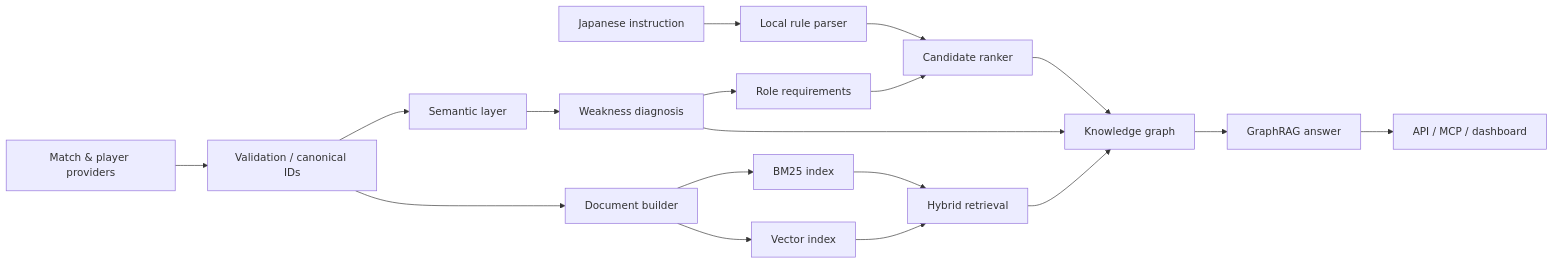
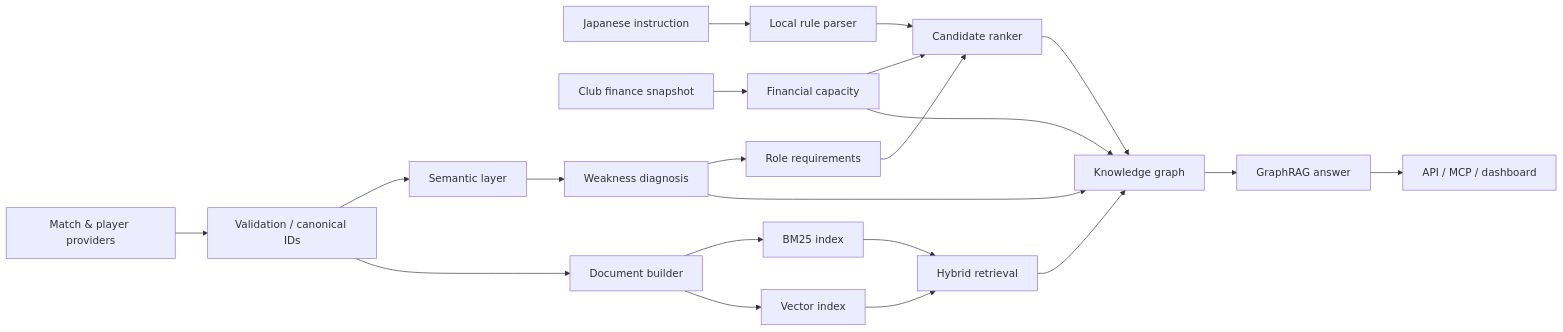
One commit to koutarou208-arch/Premier changed the diagram in arsenal-scout/docs/architecture.md. Above: the diagram before and after it, drawn with Mermaid. The commit also changed other lines of this file and 16 other files, not shown here.

````diff
--- a/arsenal-scout/docs/architecture.md
+++ b/arsenal-scout/docs/architecture.md
@@ -5,20 +5,23 @@
 ```mermaid
 flowchart LR
     A[Match & player providers] --> B[Validation / canonical IDs]
     Q[Japanese instruction] --> P[Local rule parser]
     P --> F
+    N[Club finance snapshot] --> O[Financial capacity]
+    O --> F
     B --> C[Semantic layer]
     C --> D[Weakness diagnosis]
     D --> E[Role requirements]
     E --> F[Candidate ranker]
     B --> G[Document builder]
     G --> H[BM25 index]
     G --> I[Vector index]
     H --> J[Hybrid retrieval]
     I --> J
     D --> K[Knowledge graph]
     J --> K
     F --> K
+    O --> K
     K --> L[GraphRAG answer]
     L --> M[API / MCP / dashboard]
 ```
````
